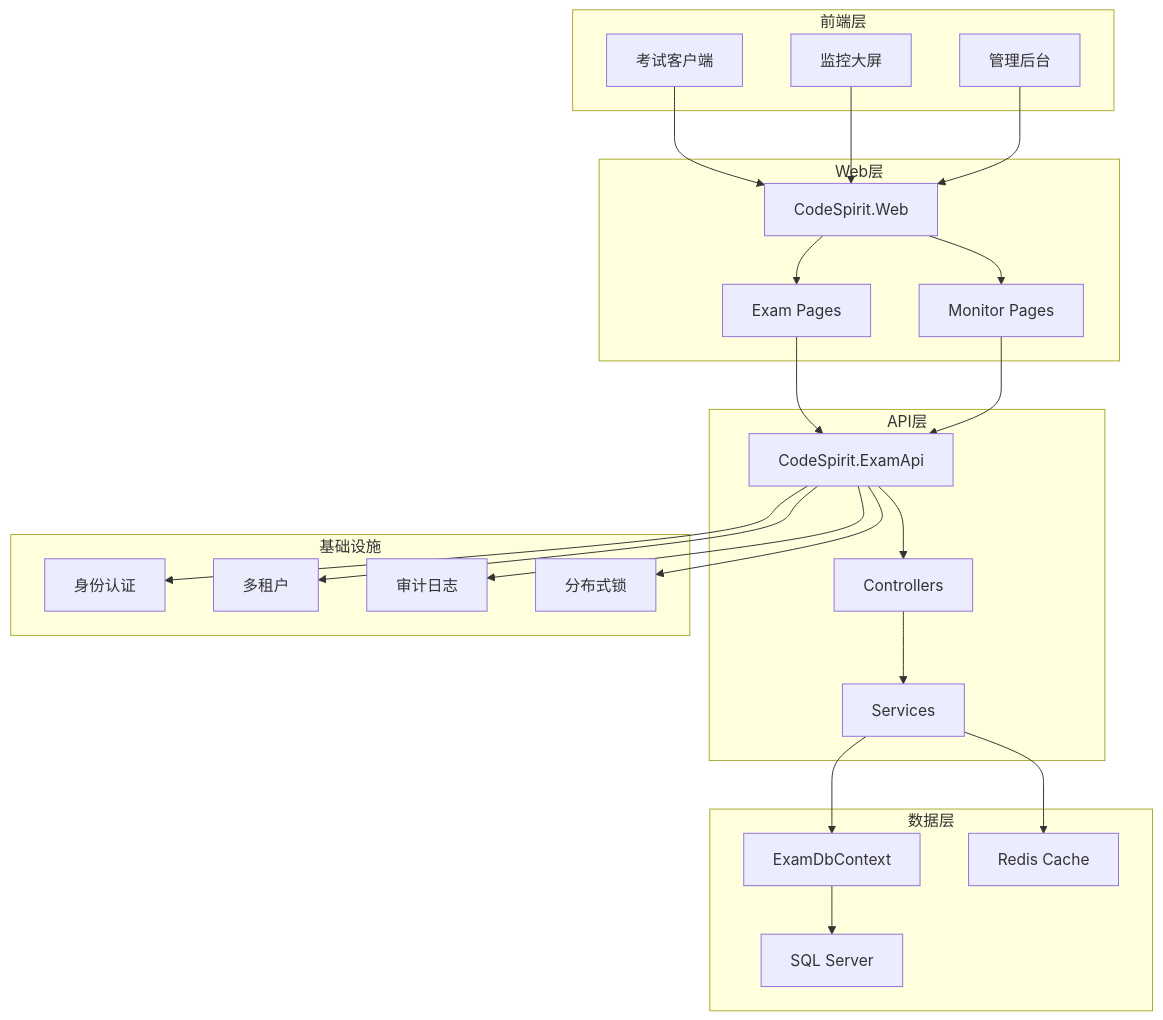
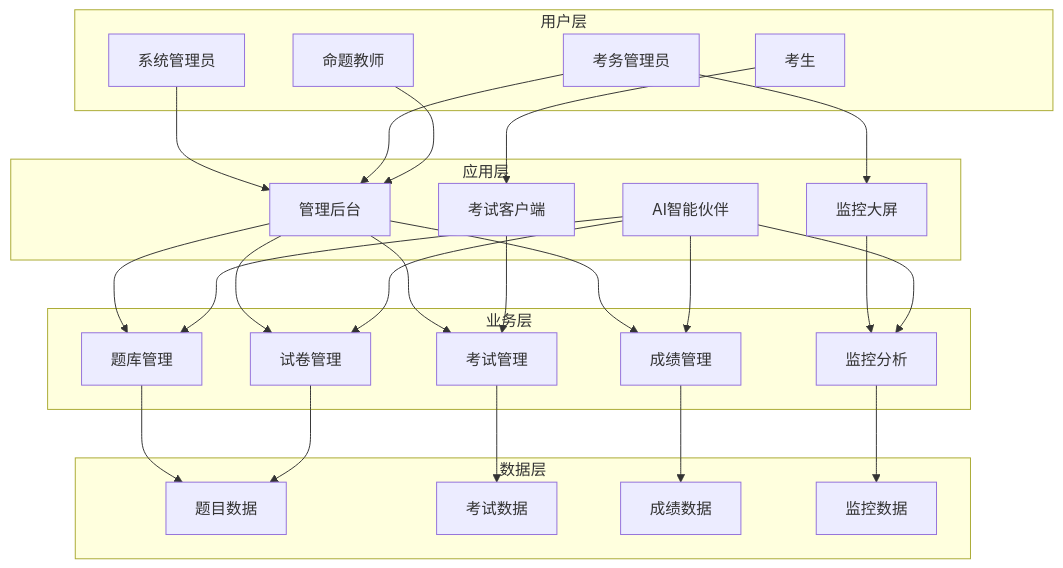
Before and after one commit to jianyuyanyu/CodeSpirit: the first of 3 diagrams in Docs/09-Exam-System/exam-system-complete-documentation-zh-CN.md, drawn with Mermaid. The commit also changed other lines of this file and 11 other files, not shown here.

````diff
--- a/Docs/09-Exam-System/exam-system-complete-documentation-zh-CN.md
+++ b/Docs/09-Exam-System/exam-system-complete-documentation-zh-CN.md
@@ -28,50 +172,54 @@
 ```mermaid
 graph TB
-    subgraph "前端层"
-        A[考试客户端]
-        B[监控大屏]
-        C[管理后台]
+    subgraph "用户层"
+        A[系统管理员]
+        B[考务管理员]
+        C[命题教师]
+        D[考生]
     end
     
-    subgraph "Web层"
-        D[CodeSpirit.Web]
-        E[Exam Pages]
-        F[Monitor Pages]
+    subgraph "应用层"
+        E[管理后台]
+        F[考试客户端]
+        G[监控大屏]
+        H[AI智能伙伴]
     end
     
-    subgraph "API层"
-        G[CodeSpirit.ExamApi]
-        H[Controllers]
-        I[Services]
+    subgraph "业务层"
+        I[题库管理]
+        J[试卷管理]
+        K[考试管理]
+        L[成绩管理]
+        M[监控分析]
     end
     
     subgraph "数据层"
-        J[ExamDbContext]
-        K[SQL Server]
-        L[Redis Cache]
+        N[题目数据]
+        O[考试数据]
+        P[成绩数据]
+        Q[监控数据]
     end
     
-    subgraph "基础设施"
-        M[身份认证]
-        N[多租户]
-        O[审计日志]
-        P[分布式锁]
-    end
+    A --> E
+    B --> E
+    B --> G
+    C --> E
+    D --> F
     
-    A --> D
-    B --> D
-    C --> D
-    D --> E
-    D --> F
-    E --> G
-    F --> G
-    G --> H
+    E --> I
+    E --> J
+    E --> K
+    E --> L
+    F --> K
+    G --> M
     H --> I
-    I --> J
-    J --> K
-    I --> L
-    G --> M
-    G --> N
-    G --> O
-    G --> P
+    H --> J
+    H --> L
+    H --> M
+    
+    I --> N
+    J --> N
+    K --> O
+    L --> P
+    M --> Q
 ```
````
